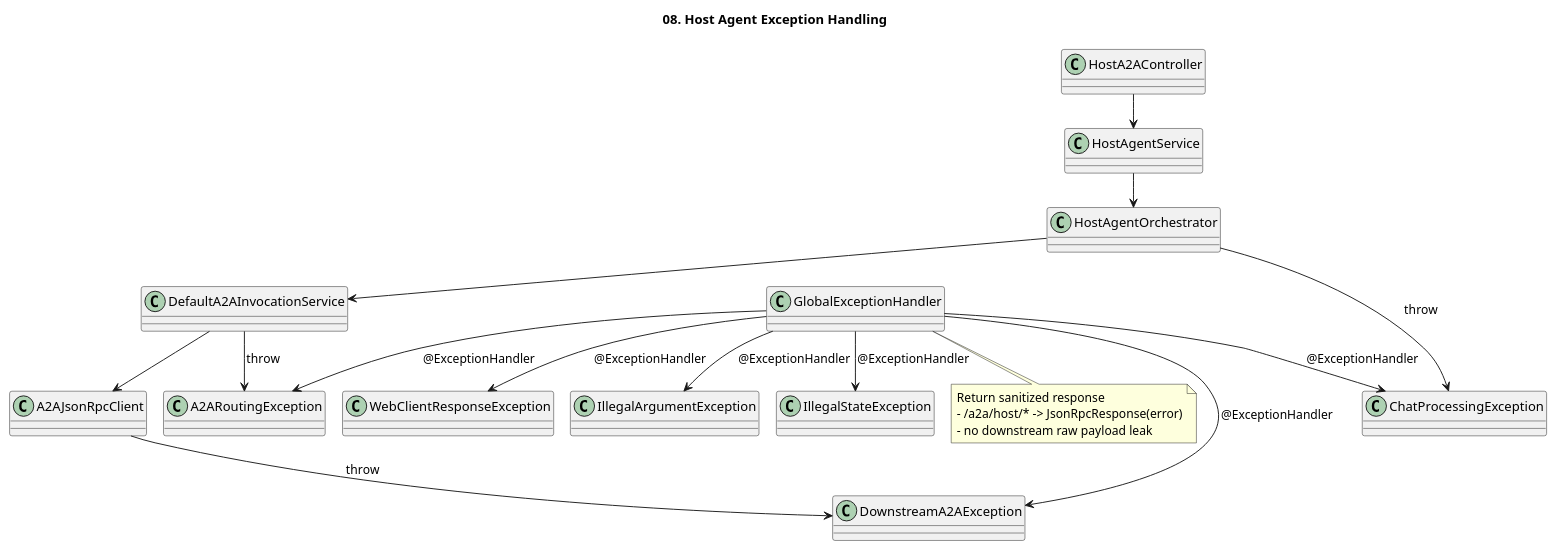
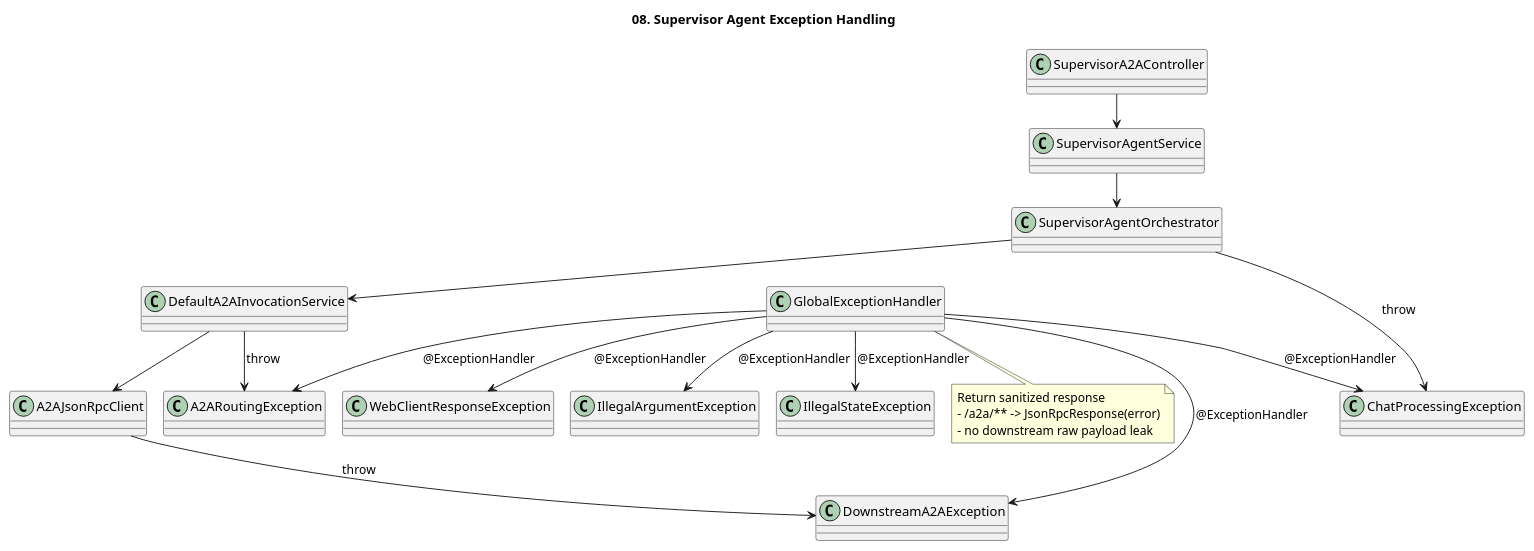
The diagram in documents/a2a-host_agent-architecture/08-exception-handling.puml (kim57uak/spring-ai), drawn with PlantUML before and after one commit. The commit also changed 131 other files, not shown here.

Commit message:
feat: add supervisor A2A orchestration and architecture updates

```diff
--- a/documents/a2a-host_agent-architecture/08-exception-handling.puml
+++ b/documents/a2a-host_agent-architecture/08-exception-handling.puml
@@ -1,42 +1,42 @@
 @startuml
 !pragma layout smetana
-title 08. Host Agent Exception Handling
+title 08. Supervisor Agent Exception Handling
 
 skinparam shadowing false
 skinparam componentStyle rectangle
 
-class HostA2AController
-class HostAgentService
-class HostAgentOrchestrator
+class SupervisorA2AController
+class SupervisorAgentService
+class SupervisorAgentOrchestrator
 class DefaultA2AInvocationService
 class A2AJsonRpcClient
 class GlobalExceptionHandler
 
 class ChatProcessingException
 class DownstreamA2AException
 class A2ARoutingException
 class WebClientResponseException
 
-HostA2AController --> HostAgentService
-HostAgentService --> HostAgentOrchestrator
-HostAgentOrchestrator --> DefaultA2AInvocationService
+SupervisorA2AController --> SupervisorAgentService
+SupervisorAgentService --> SupervisorAgentOrchestrator
+SupervisorAgentOrchestrator --> DefaultA2AInvocationService
 DefaultA2AInvocationService --> A2AJsonRpcClient
 
 A2AJsonRpcClient --> DownstreamA2AException : throw
 DefaultA2AInvocationService --> A2ARoutingException : throw
-HostAgentOrchestrator --> ChatProcessingException : throw
+SupervisorAgentOrchestrator --> ChatProcessingException : throw
 
 GlobalExceptionHandler --> ChatProcessingException : @ExceptionHandler
 GlobalExceptionHandler --> DownstreamA2AException : @ExceptionHandler
 GlobalExceptionHandler --> A2ARoutingException : @ExceptionHandler
 GlobalExceptionHandler --> WebClientResponseException : @ExceptionHandler
 GlobalExceptionHandler --> IllegalArgumentException : @ExceptionHandler
 GlobalExceptionHandler --> IllegalStateException : @ExceptionHandler
 
 note bottom of GlobalExceptionHandler
 Return sanitized response
-- /a2a/host/* -> JsonRpcResponse(error)
+- /a2a/** -> JsonRpcResponse(error)
 - no downstream raw payload leak
 end note
 
 @enduml
```
